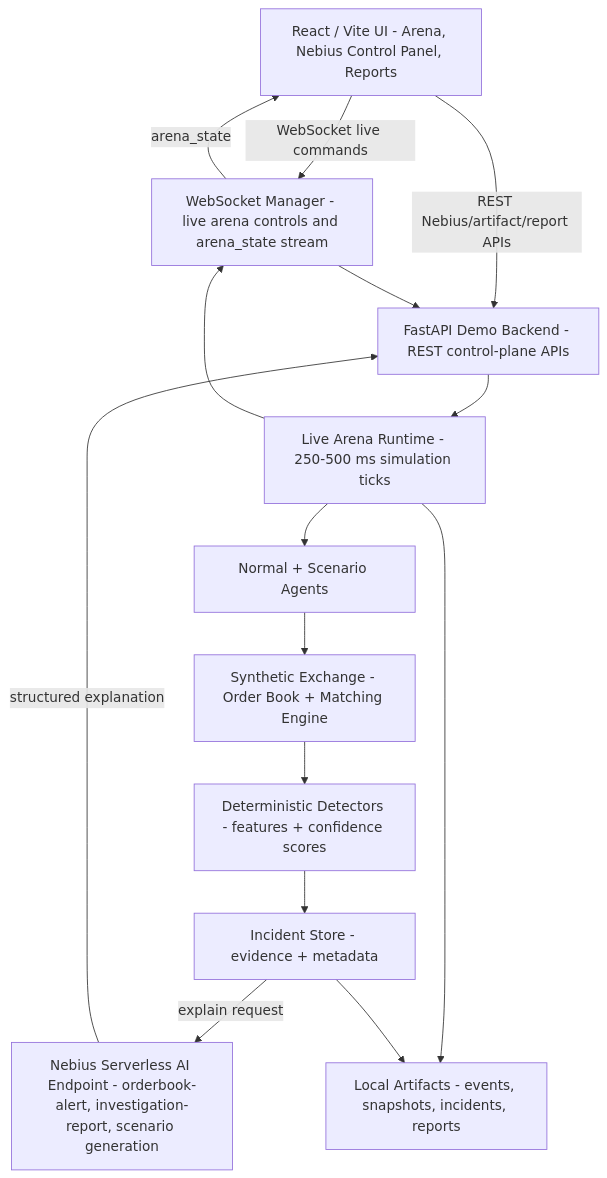
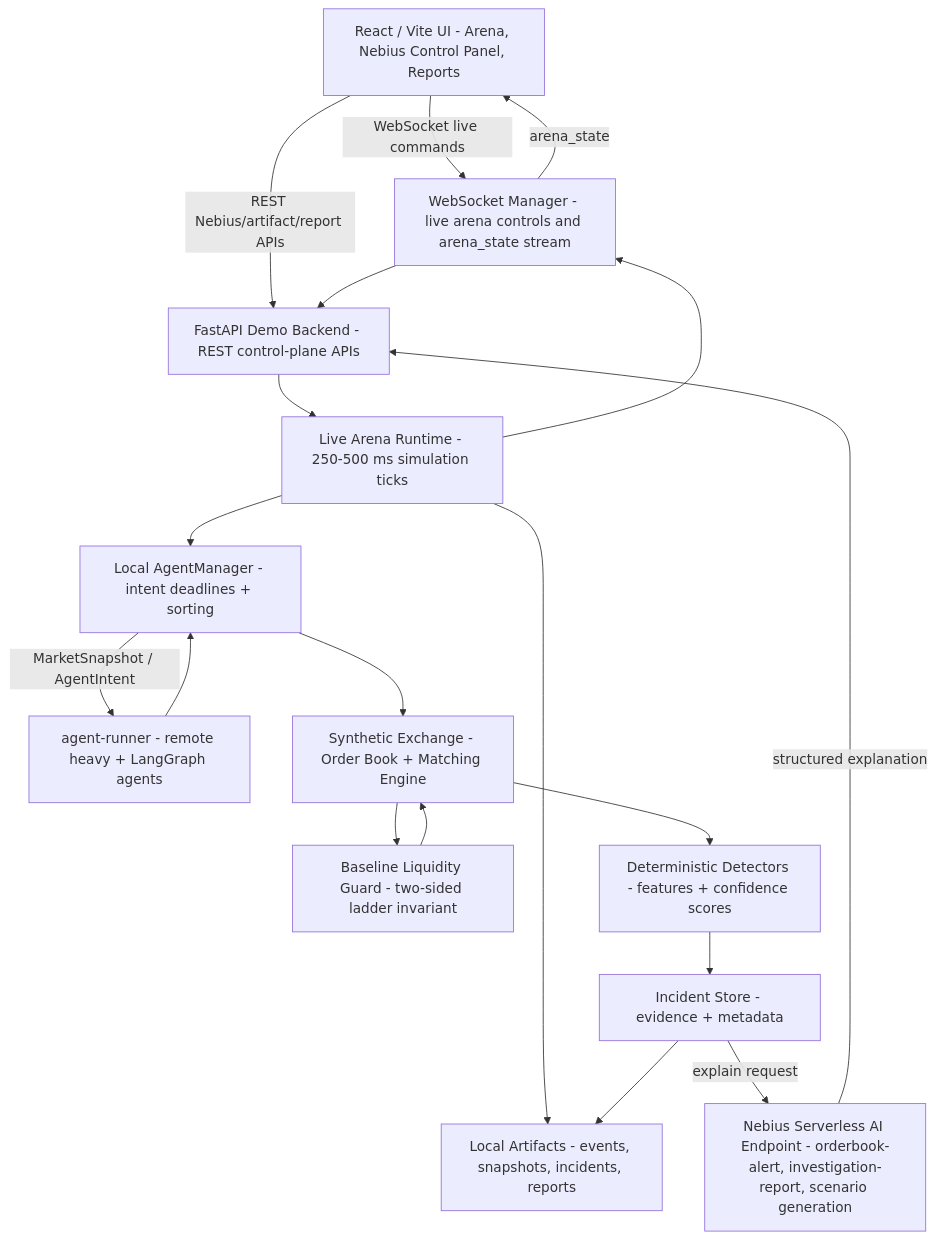
One commit to khab40/aimada changed the first of 4 diagrams in docs/architecture.md. Above: the diagram before and after it, drawn with Mermaid. The commit also changed other lines of this file and 21 other files, not shown here.

Commit message:
feat: add scalable agents and liquidity guard

````diff
--- a/docs/architecture.md
+++ b/docs/architecture.md
@@ -12,28 +12,34 @@
 ```mermaid
 graph TD
     UI["React / Vite UI - Arena, Nebius Control Panel, Reports"]
     API["FastAPI Demo Backend - REST control-plane APIs"]
     WS["WebSocket Manager - live arena controls and arena_state stream"]
     Runtime["Live Arena Runtime - 250-500 ms simulation ticks"]
-    Agents["Normal + Scenario Agents"]
+    Agents["Local AgentManager - intent deadlines + sorting"]
+    Runner["agent-runner - remote heavy + LangGraph agents"]
     Exchange["Synthetic Exchange - Order Book + Matching Engine"]
+    LiquidityGuard["Baseline Liquidity Guard - two-sided ladder invariant"]
     Detectors["Deterministic Detectors - features + confidence scores"]
     Incidents["Incident Store - evidence + metadata"]
     Explain["Nebius Serverless AI Endpoint - orderbook-alert, investigation-report, scenario generation"]
     Artifacts["Local Artifacts - events, snapshots, incidents, reports"]
 
     UI -->|WebSocket live commands| WS
     UI -->|REST Nebius/artifact/report APIs| API
     WS --> API
     API --> Runtime
     Runtime --> Agents
+    Agents -->|MarketSnapshot / AgentIntent| Runner
+    Runner --> Agents
     Agents --> Exchange
+    Exchange --> LiquidityGuard
+    LiquidityGuard --> Exchange
     Exchange --> Detectors
     Detectors --> Incidents
     Runtime --> WS
     WS -->|arena_state| UI
     Incidents -->|explain request| Explain
     Explain -->|structured explanation| API
     Runtime --> Artifacts
     Incidents --> Artifacts
 ```
````
